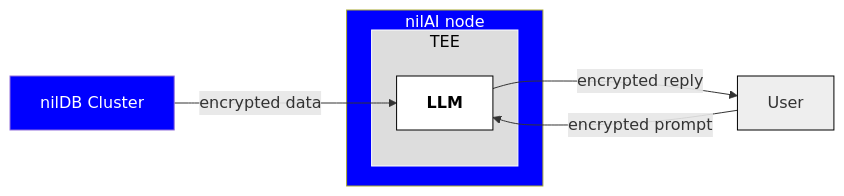
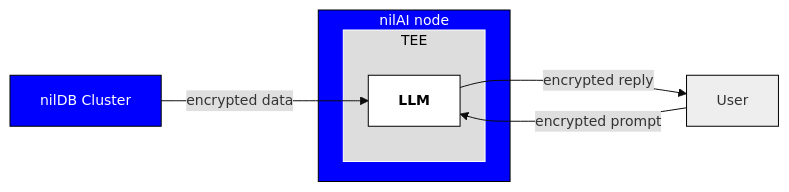
Before and after one commit to NillionNetwork/nillion-docs: the second of 2 diagrams in docs/learn/blind-modules.md, drawn with Mermaid. The commit also changed other lines of this file and 2 other files, not shown here.

Commit message:
docs: updates to architecture and blind modules diagrams

````diff
--- a/docs/learn/blind-modules.md
+++ b/docs/learn/blind-modules.md
@@ -54,22 +66,33 @@
 ```mermaid
+%%{
+    init: {
+        'theme': 'base',
+        'themeVariables': {
+            'fontSize': '14px',
+            'primaryBorderColor': '#000000',
+            'secondaryBorderColor': '#000000',
+            'tertiaryBorderColor': '#000000',
+            'edgeLabelBackground': '#DFDFDF'
+        }
+    }
+}%%
 graph LR
     linkStyle default interpolate basis
 
     subgraph NILAI ["nilAI node<br/>"]
-    TEE
+        TEE
     end
+    style NILAI fill:#0000FF,color:#FFFFFF
 
     subgraph TEE
-    L
+        L
     end
+    style TEE fill:#DDDDDD,stroke:#FFFFFF,color:#000000
+    style L fill:#FFFFFF,stroke:#000000,color:#000000
 
     U[User] -->|encrypted prompt| L[<b>LLM</b>]
     L  -->|encrypted reply| U
     NILDB[nilDB Cluster] -->|encrypted data| L
     style U fill:#EEEEEE,stroke:#000000
-    style NILAI fill:#0000FF,color:#FFFFFF
-    style TEE fill:#DDDDDD,stroke:#FFFFFF,color:#000000
-    style L fill:#FFFFFF,stroke:#000000,color:#000000
     style NILDB fill:#0000FF,color:#FFFFFF
-
 ```
````
